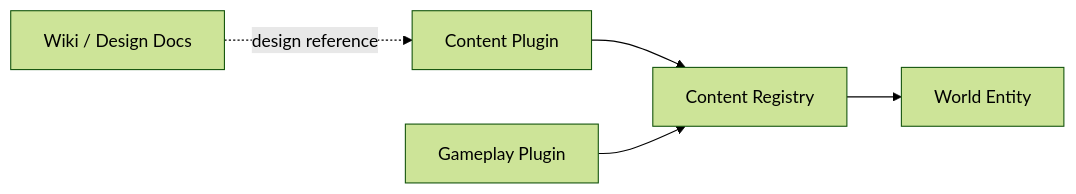
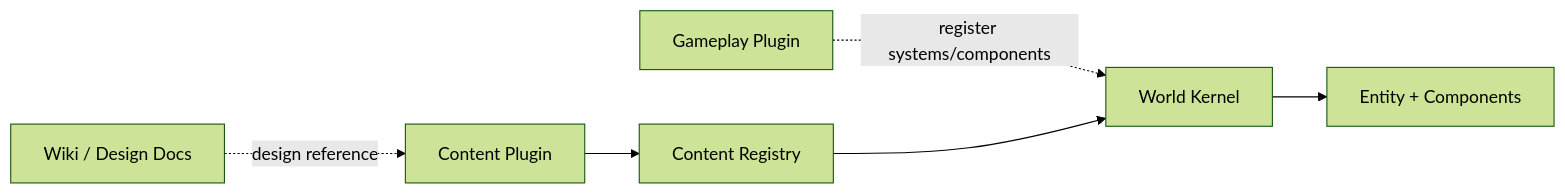
The first of 2 diagrams in architecture/content-system.md (Ri0n72Y/idea-slime-bar), drawn with Mermaid (forest theme) before and after one commit. The commit also changed other lines of this file, not shown here.

Commit message:
architecture: align content plugins with systems

````diff
--- a/architecture/content-system.md
+++ b/architecture/content-system.md
@@ -9,13 +9,15 @@
 ```mermaid
 flowchart LR
     Wiki[Wiki / Design Docs]
     ContentPlugin[Content Plugin]
     Registry[Content Registry]
     Gameplay[Gameplay Plugin]
-    Entity[World Entity]
+    Kernel[World Kernel]
+    Entity[Entity + Components]
 
     Wiki -. design reference .-> ContentPlugin
     ContentPlugin --> Registry
-    Gameplay --> Registry
-    Registry --> Entity
+    Gameplay -. register systems/components .-> Kernel
+    Registry --> Kernel
+    Kernel --> Entity
 ```
````
